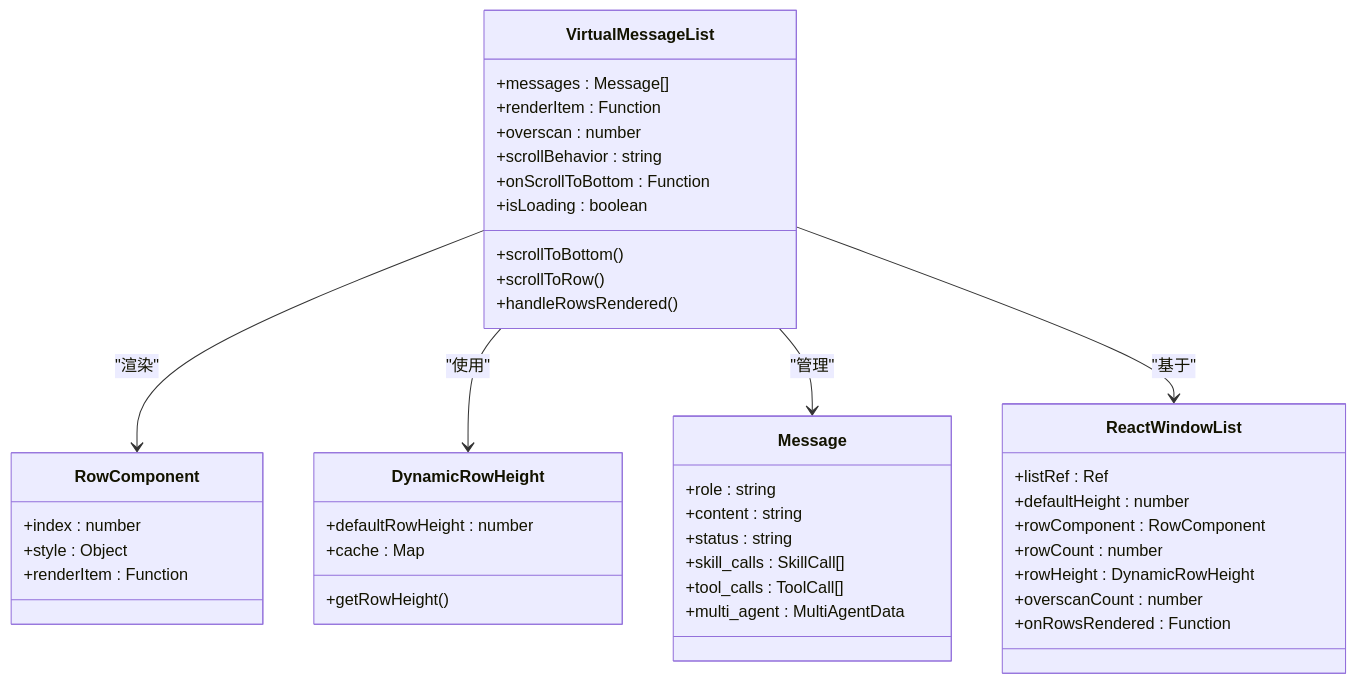
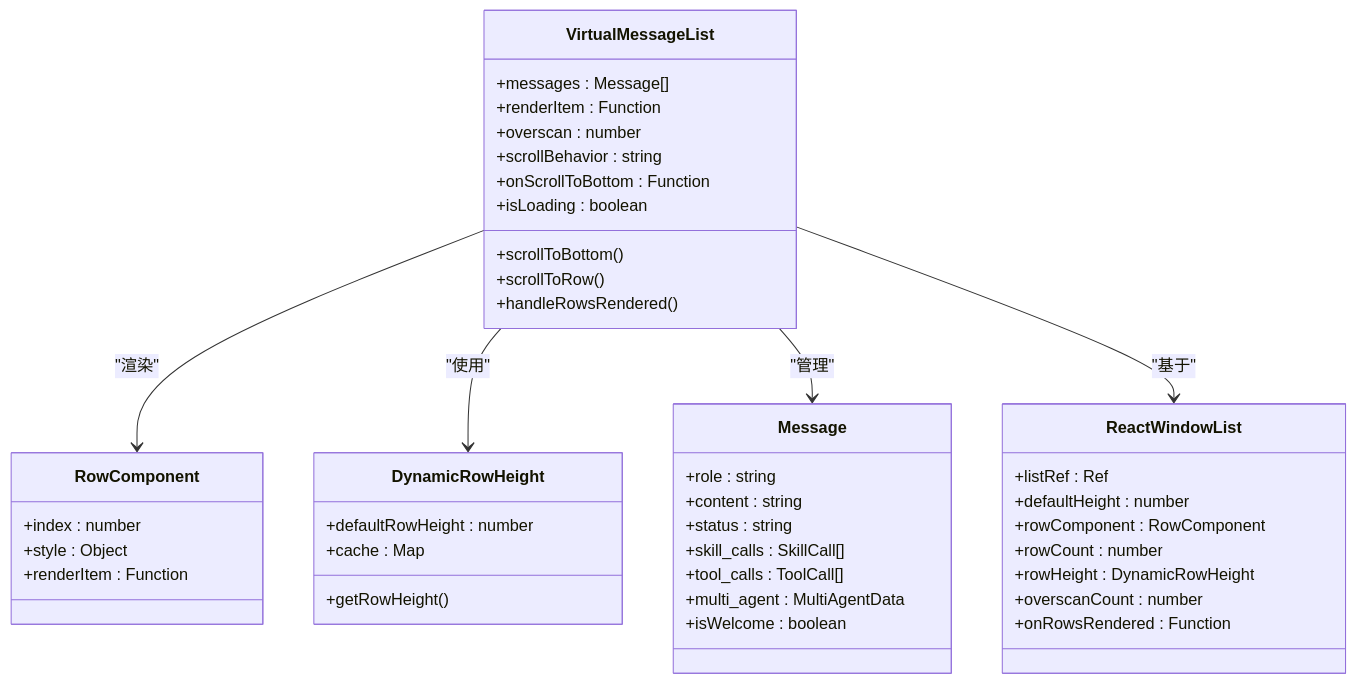
One commit to KunLabAI/KunFlix changed the third of 7 diagrams in .qoder/repowiki/zh/content/前端应用架构/UI组件库/虚拟化聊天渲染.md. Above: the diagram before and after it, drawn with Mermaid. The commit also changed other lines of this file and 22 other files, not shown here.

````diff
--- a/.qoder/repowiki/zh/content/前端应用架构/UI组件库/虚拟化聊天渲染.md
+++ b/.qoder/repowiki/zh/content/前端应用架构/UI组件库/虚拟化聊天渲染.md
@@ -197,45 +220,46 @@
 ```mermaid
 classDiagram
 class VirtualMessageList {
 +messages : Message[]
 +renderItem : Function
 +overscan : number
 +scrollBehavior : string
 +onScrollToBottom : Function
 +isLoading : boolean
 +scrollToBottom()
 +scrollToRow()
 +handleRowsRendered()
 }
 class RowComponent {
 +index : number
 +style : Object
 +renderItem : Function
 }
 class DynamicRowHeight {
 +defaultRowHeight : number
 +getRowHeight()
 +cache : Map
 }
 class Message {
 +role : string
 +content : string
 +status : string
 +skill_calls : SkillCall[]
 +tool_calls : ToolCall[]
 +multi_agent : MultiAgentData
++isWelcome : boolean
 }
 class ReactWindowList {
 +listRef : Ref
 +defaultHeight : number
 +rowComponent : RowComponent
 +rowCount : number
 +rowHeight : DynamicRowHeight
 +overscanCount : number
 +onRowsRendered : Function
 }
 VirtualMessageList --> RowComponent : "渲染"
 VirtualMessageList --> DynamicRowHeight : "使用"
 VirtualMessageList --> Message : "管理"
 VirtualMessageList --> ReactWindowList : "基于"
 ```
````
